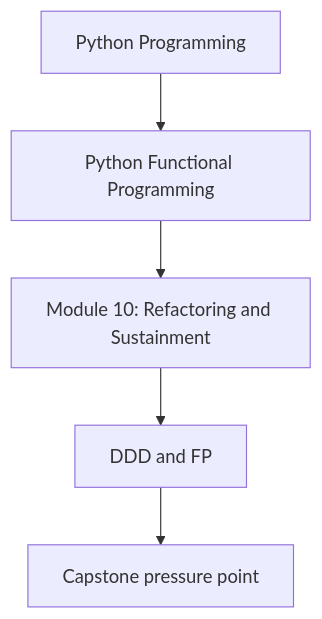
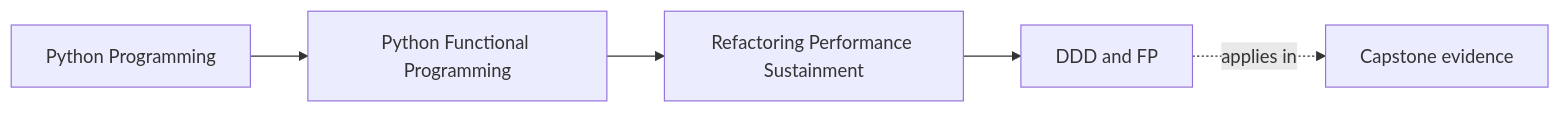
The first of 2 diagrams in programs/python-programming/python-functional-programming/course-book/module-10-refactoring-performance-sustainment/ddd-and-fp.md (bijux/bijux-masterclass), drawn with Mermaid before and after one commit. The commit also changed other lines of this file and 108 other files, not shown here.

Commit message:
docs(python-functional-programming): map capstone and advanced design surfaces

````diff
--- a/programs/python-programming/python-functional-programming/course-book/module-10-refactoring-performance-sustainment/ddd-and-fp.md
+++ b/programs/python-programming/python-functional-programming/course-book/module-10-refactoring-performance-sustainment/ddd-and-fp.md
@@ -7,7 +7,11 @@
 ```mermaid
-flowchart TD
-  family["Python Programming"] --> program["Python Functional Programming"]
-  program --> module["Module 10: Refactoring and Sustainment"]
-  module --> concept["DDD and FP"]
-  concept --> capstone["Capstone pressure point"]
+graph LR
+  family["Python Programming"]
+  program["Python Functional Programming"]
+  section["Refactoring Performance Sustainment"]
+  page["DDD and FP"]
+  capstone["Capstone evidence"]
+
+  family --> program --> section --> page
+  page -.applies in.-> capstone
 ```
````
